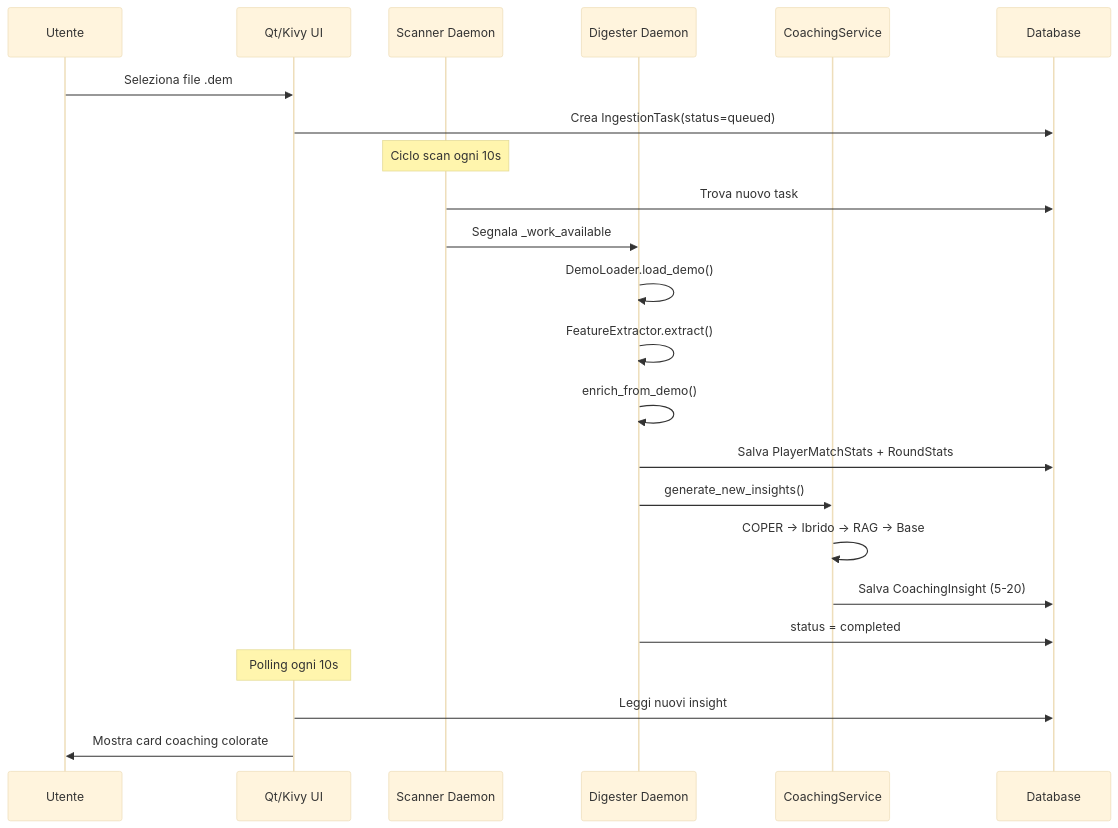
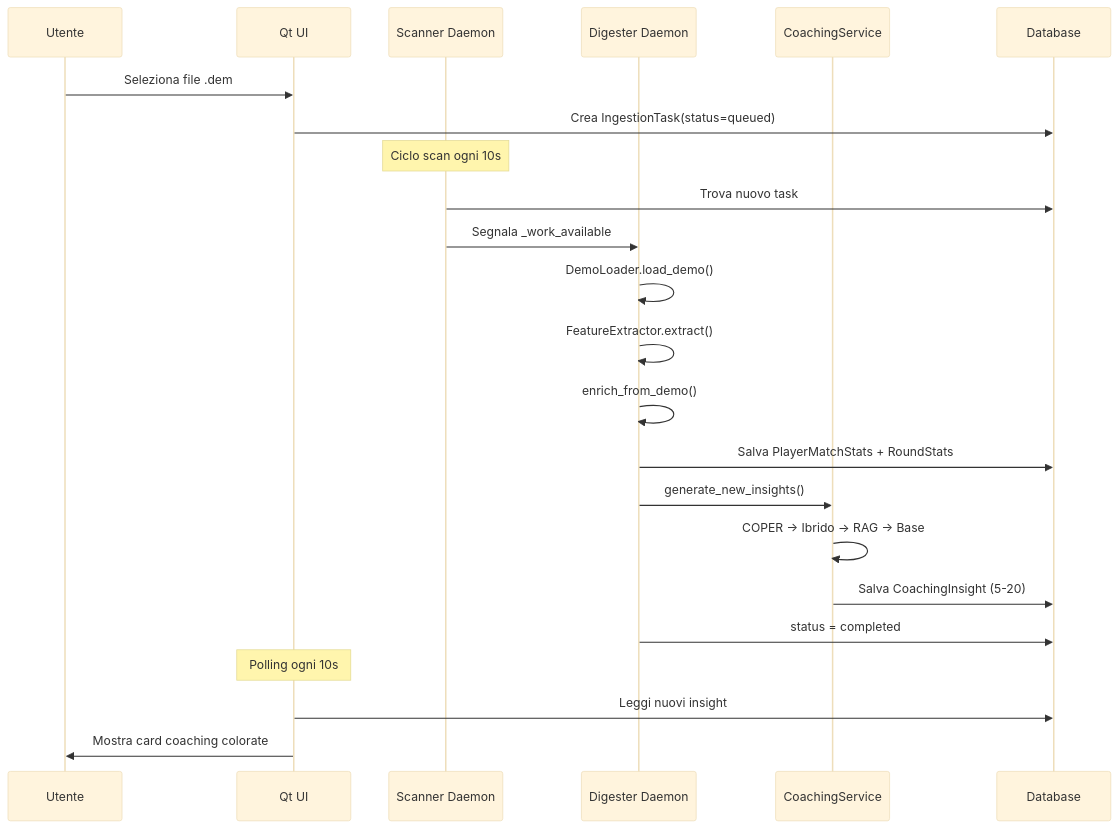
Diagram 32 of 53 in docs/books/Book-Coach-3.md (renanaugustomacena-ux/Counter-Strike-coach-AI), drawn with Mermaid (base theme) before and after one commit. The commit also changed other lines of this file and 2 other files, not shown here.

First line of the commit message:
docs: update Book-Coach-3 trilogy — remove Kivy, fix screen/test counts

````diff
--- a/docs/books/Book-Coach-3.md
+++ b/docs/books/Book-Coach-3.md
@@ -1904,26 +1831,26 @@
 ```mermaid
 sequenceDiagram
     participant U as Utente
-    participant UI as Qt/Kivy UI
+    participant UI as Qt UI
     participant H as Scanner Daemon
     participant D as Digester Daemon
     participant CS as CoachingService
     participant DB as Database
 
     U->>UI: Seleziona file .dem
     UI->>DB: Crea IngestionTask(status=queued)
     Note over H: Ciclo scan ogni 10s
     H->>DB: Trova nuovo task
     H->>D: Segnala _work_available
     D->>D: DemoLoader.load_demo()
     D->>D: FeatureExtractor.extract()
     D->>D: enrich_from_demo()
     D->>DB: Salva PlayerMatchStats + RoundStats
     D->>CS: generate_new_insights()
     CS->>CS: COPER → Ibrido → RAG → Base
     CS->>DB: Salva CoachingInsight (5-20)
     D->>DB: status = completed
     Note over UI: Polling ogni 10s
     UI->>DB: Leggi nuovi insight
     UI->>U: Mostra card coaching colorate
 ```
````
